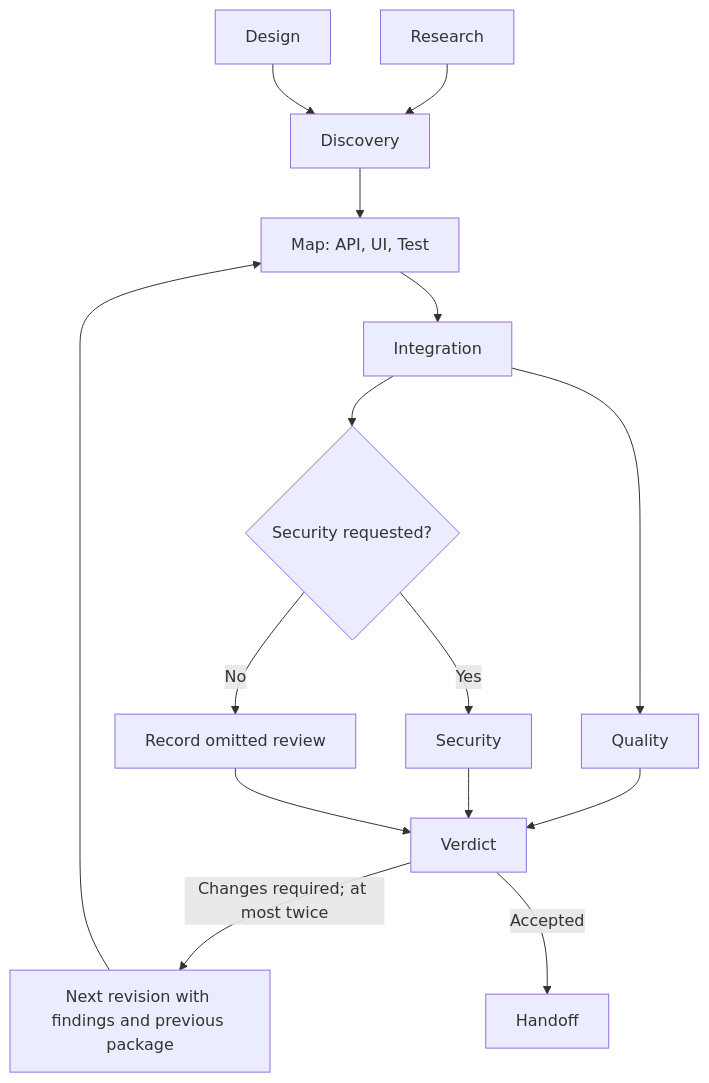
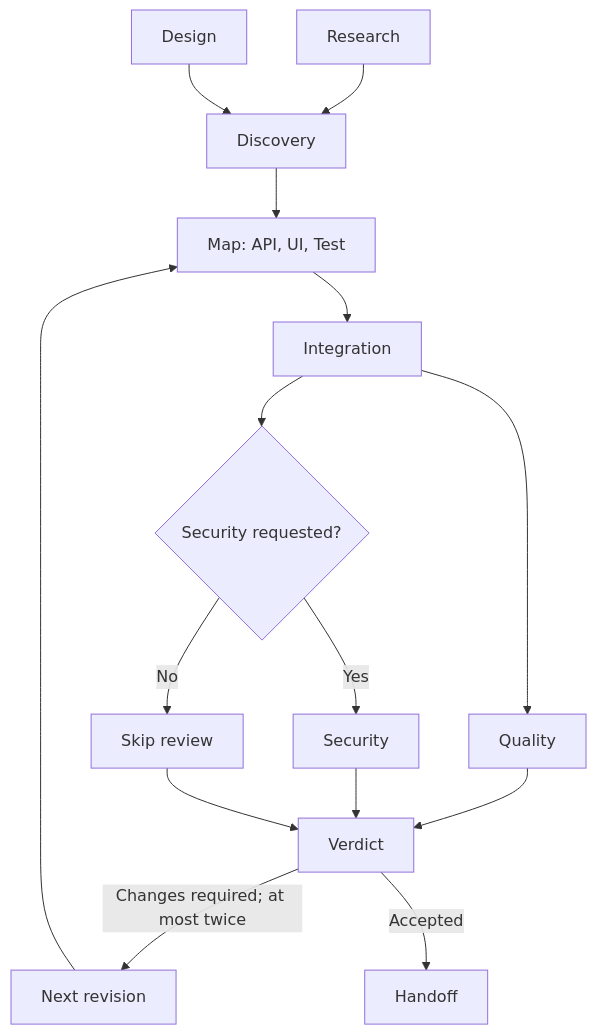
The diagram in examples/06_factory/06_04_flow_factory/README.md (agentjido/jido), drawn with Mermaid before and after one commit. The commit also changed other lines of this file and 387 other files, not shown here.

````diff
--- a/examples/06_factory/06_04_flow_factory/README.md
+++ b/examples/06_factory/06_04_flow_factory/README.md
@@ -69,17 +34,17 @@
 ```mermaid
 flowchart TD
     Research --> Discovery
     Design --> Discovery
     Discovery --> Components[Map: API, UI, Test]
     Components --> Integration
     Integration --> Quality
     Integration --> Choice{Security requested?}
     Choice -->|Yes| Security
-    Choice -->|No| Skip[Record omitted review]
+    Choice -->|No| Skip[Skip review]
     Quality --> Verdict
     Security --> Verdict
     Skip --> Verdict
-    Verdict -->|Changes required; at most twice| Repair[Next revision with findings and previous package]
+    Verdict -->|Changes required; at most twice| Repair[Next revision]
     Repair --> Components
     Verdict -->|Accepted| Handoff
 ```
````
